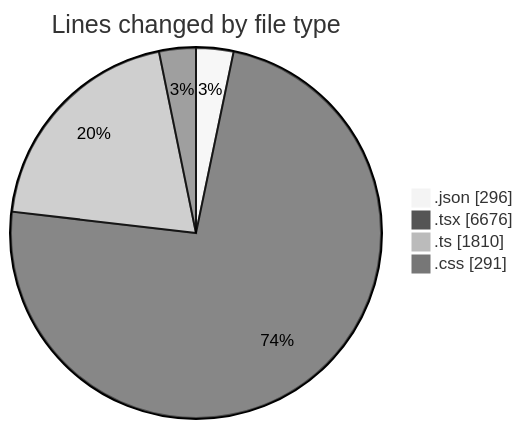
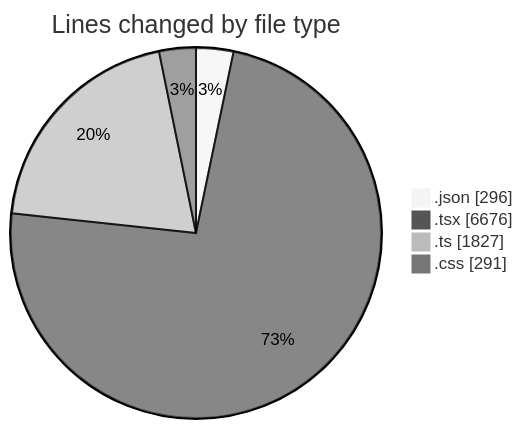
The first of 2 diagrams in 2025-10-07/eventscop-frontend-guide__workspace_/README.md (julien-gomy/code-tracking), drawn with Mermaid (neutral theme) before and after one commit. The commit also changed other lines of this file and 1 other file, not shown here.

````diff
--- a/2025-10-07/eventscop-frontend-guide__workspace_/README.md
+++ b/2025-10-07/eventscop-frontend-guide__workspace_/README.md
@@ -69,8 +69,8 @@
 ```mermaid
 pie showData
 title Lines changed by file type
 ".json" : 296
 ".tsx" : 6676
-".ts" : 1810
+".ts" : 1827
 ".css" : 291
 ```
````
